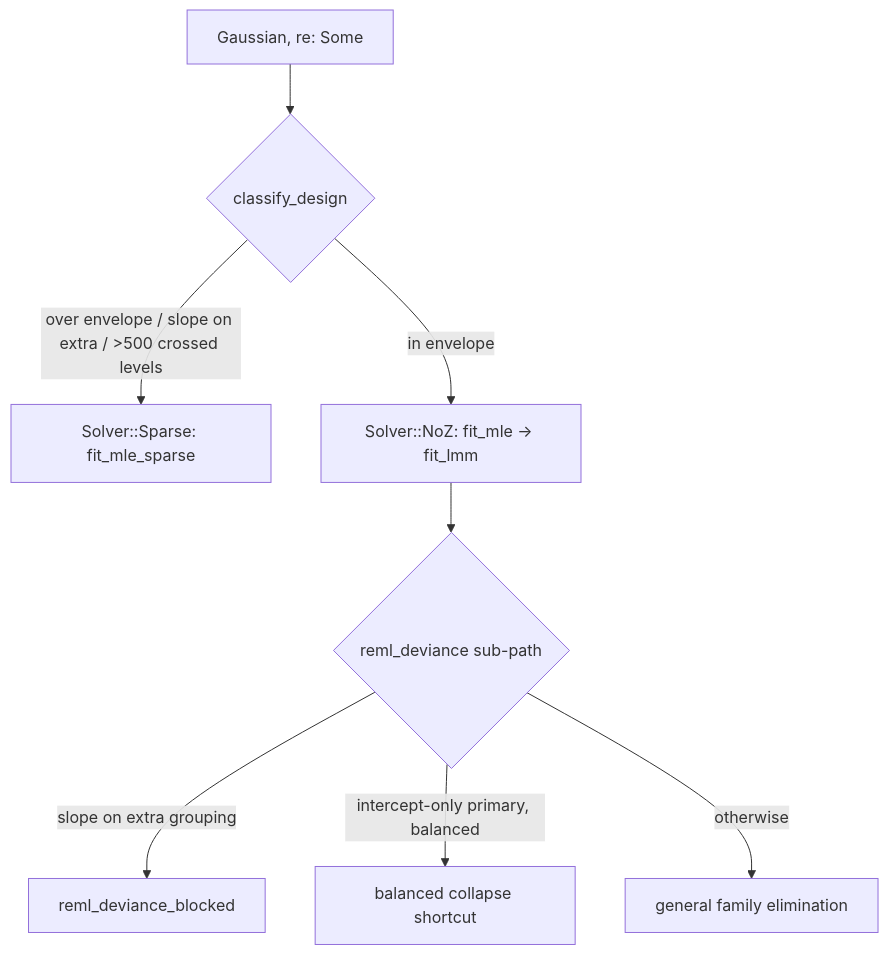
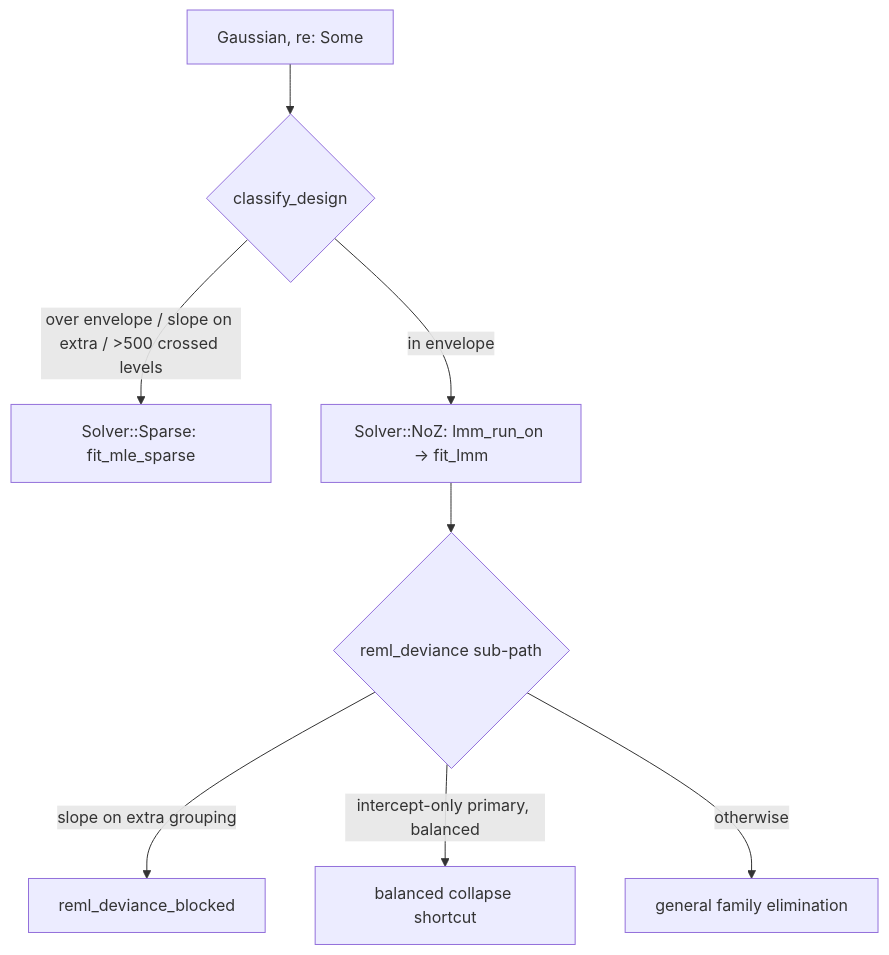
The diagram in documentation/algorithms-lmm.md (pawlenartowicz/glmm), drawn with Mermaid before and after one commit. The commit also changed other lines of this file and 284 other files, not shown here.

````diff
--- a/documentation/algorithms-lmm.md
+++ b/documentation/algorithms-lmm.md
@@ -65,10 +65,10 @@
 ```mermaid
 flowchart TD
     A["Gaussian, re: Some"] --> B{"classify_design"}
     B -->|"over envelope / slope on extra / >500 crossed levels"| S["Solver::Sparse: fit_mle_sparse"]
-    B -->|"in envelope"| N["Solver::NoZ: fit_mle -> fit_lmm"]
+    B -->|"in envelope"| N["Solver::NoZ: lmm_run_on -> fit_lmm"]
     N --> C{"reml_deviance sub-path"}
     C -->|"slope on extra grouping"| BL["reml_deviance_blocked"]
     C -->|"intercept-only primary, balanced"| CO["balanced collapse shortcut"]
     C -->|"otherwise"| GP["general family elimination"]
 ```
````
